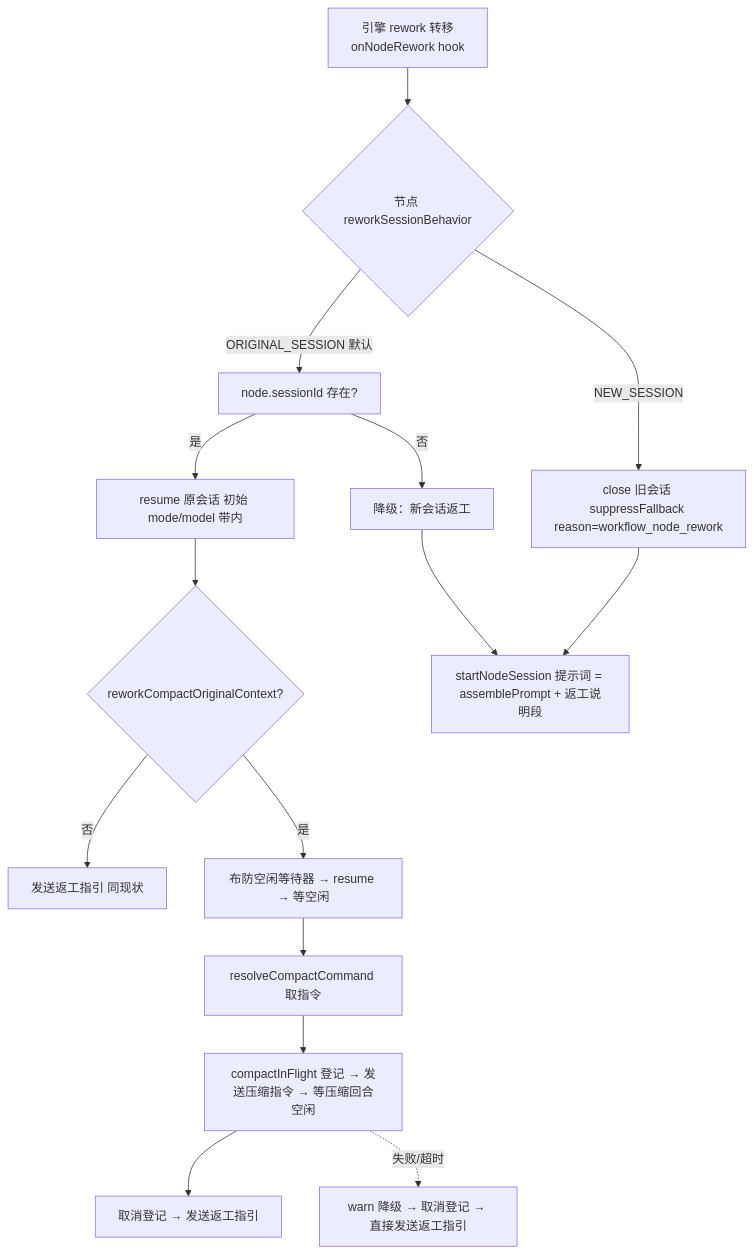
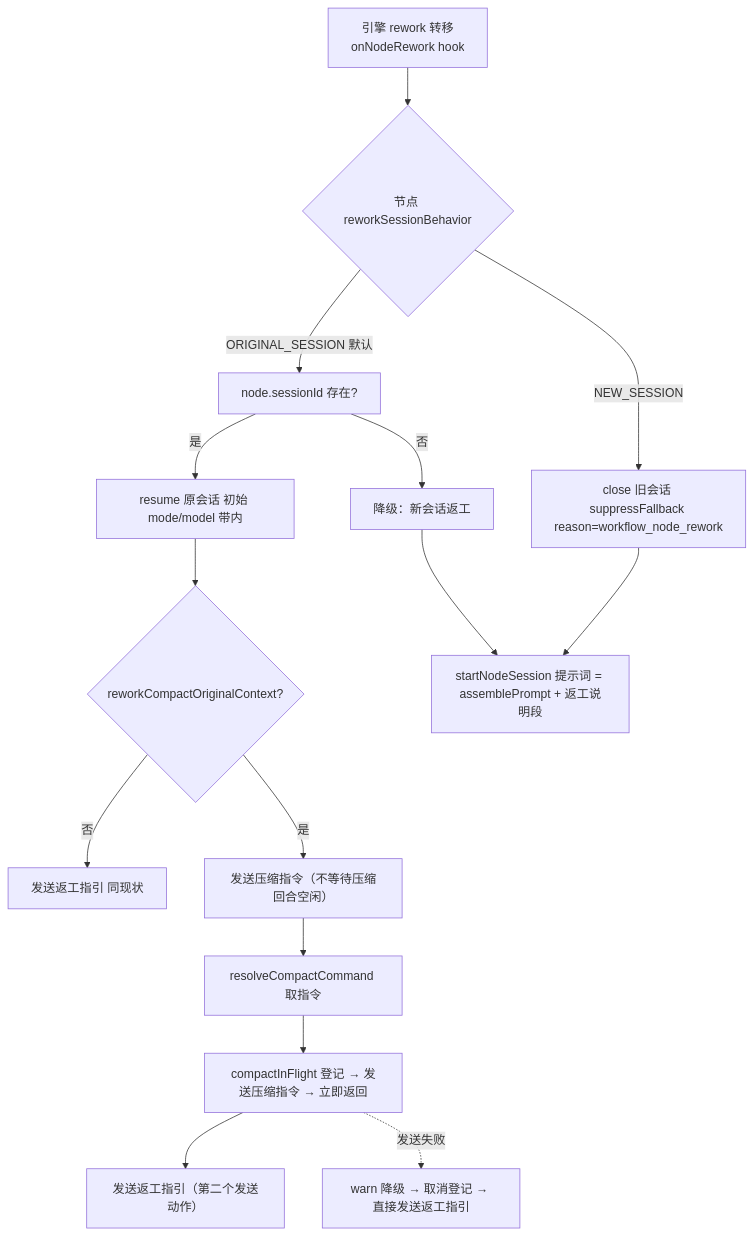
The third of 5 diagrams in docs/engineering/proposals/20261115-feat-workflow-reject-rework-session-behavior.md (Deliay/z-agent-gear), drawn with Mermaid before and after one commit. The commit also changed other lines of this file and 6 other files, not shown here.

````diff
--- a/docs/engineering/proposals/20261115-feat-workflow-reject-rework-session-behavior.md
+++ b/docs/engineering/proposals/20261115-feat-workflow-reject-rework-session-behavior.md
@@ -228,17 +228,17 @@
 ```mermaid
 flowchart TD
     A[引擎 rework 转移<br/>onNodeRework hook] --> B{节点 reworkSessionBehavior}
     B -->|ORIGINAL_SESSION 默认| C[node.sessionId 存在?]
     C -->|是| D[resume 原会话 初始 mode/model 带内]
     C -->|否| N[降级：新会话返工]
     D --> E{reworkCompactOriginalContext?}
     E -->|否| F[发送返工指引 同现状]
-    E -->|是| G[布防空闲等待器 → resume → 等空闲]
+    E -->|是| G[发送压缩指令（不等待压缩回合空闲）]
     G --> H[resolveCompactCommand 取指令]
-    H --> I[compactInFlight 登记 → 发送压缩指令 → 等压缩回合空闲]
-    I --> J[取消登记 → 发送返工指引]
-    I -.失败/超时.-> K[warn 降级 → 取消登记 → 直接发送返工指引]
+    H --> I[compactInFlight 登记 → 发送压缩指令 → 立即返回]
+    I --> J[发送返工指引（第二个发送动作）]
+    I -.发送失败.-> K[warn 降级 → 取消登记 → 直接发送返工指引]
     B -->|NEW_SESSION| L[close 旧会话 suppressFallback reason=workflow_node_rework]
     L --> M[startNodeSession 提示词 = assemblePrompt + 返工说明段]
     N --> M
 ```
````
